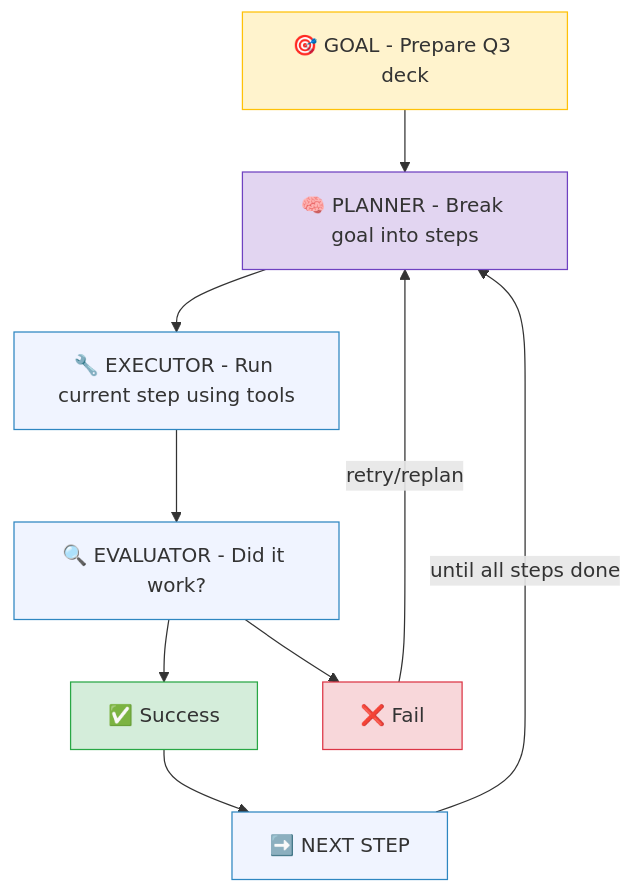
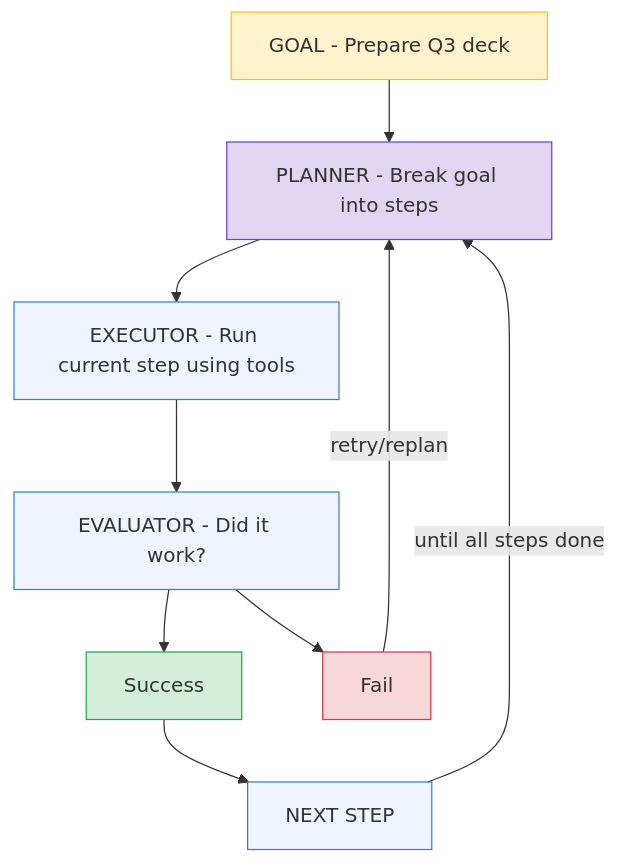
One commit to ithinktavo/GenAI-Engineering-Handbook changed the first of 7 diagrams in docs/07-agentic-ai.md. Above: the diagram before and after it, drawn with Mermaid. The commit also changed other lines of this file and 10 other files, not shown here.

Commit message:
Diagram updates

````diff
--- a/docs/07-agentic-ai.md
+++ b/docs/07-agentic-ai.md
@@ -63,27 +63,27 @@
 ```mermaid
 graph TD
-    Goal["🎯 GOAL - Prepare Q3 deck"]
-    Planner["🧠 PLANNER - Break goal into steps"]
-    Executor["🔧 EXECUTOR - Run current step using tools"]
-    Evaluator["🔍 EVALUATOR - Did it work?"]
-    Success["✅ Success"]
-    Fail["❌ Fail"]
-    NextStep["➡️ NEXT STEP"]
+    Goal["GOAL - Prepare Q3 deck"]
+    Planner["PLANNER - Break goal into steps"]
+    Executor["EXECUTOR - Run current step using tools"]
+    Evaluator["EVALUATOR - Did it work?"]
+    Success["Success"]
+    Fail["Fail"]
+    NextStep["NEXT STEP"]
 
     Goal --> Planner
     Planner --> Executor
     Executor --> Evaluator
     Evaluator --> Success
     Evaluator --> Fail
     Fail -- "retry/replan" --> Planner
     Success --> NextStep
     NextStep -- "until all steps done" --> Planner
 
     style Goal fill:#fff3cd,stroke:#ffc107
     style Planner fill:#e2d5f1,stroke:#6f42c1
     style Executor fill:#f0f4ff,stroke:#2E86C1
     style Evaluator fill:#f0f4ff,stroke:#2E86C1
     style Success fill:#d4edda,stroke:#28a745
     style Fail fill:#f8d7da,stroke:#dc3545
     style NextStep fill:#f0f4ff,stroke:#2E86C1
 ```
````
